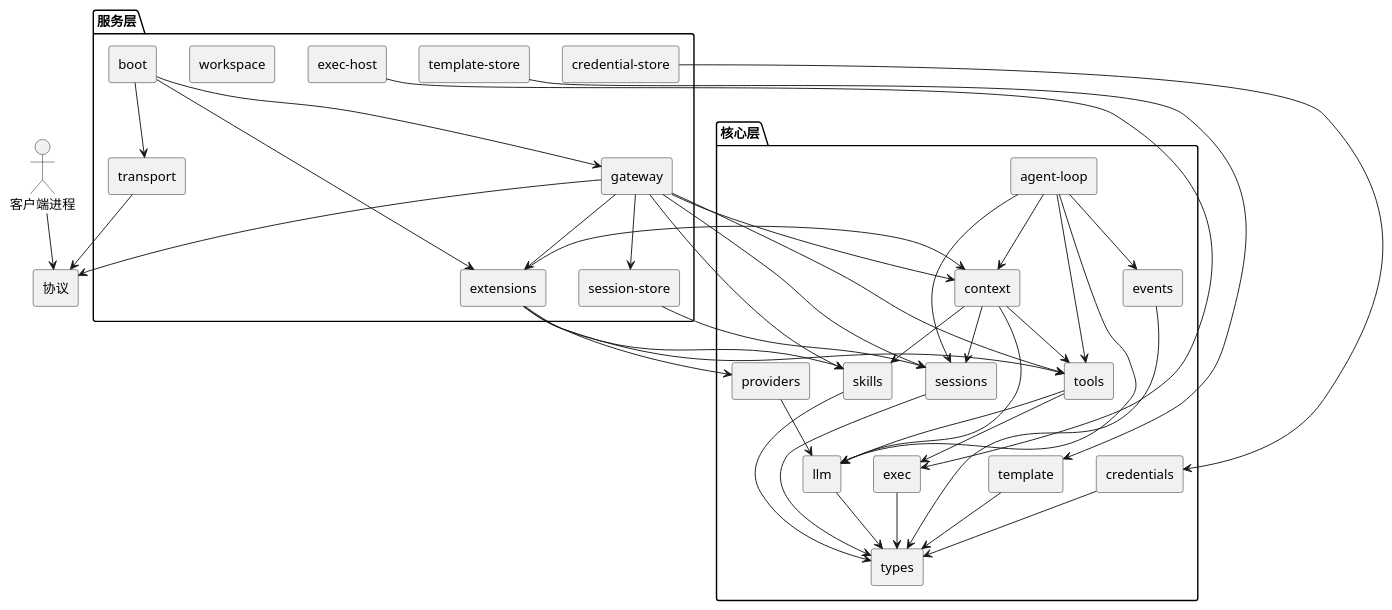
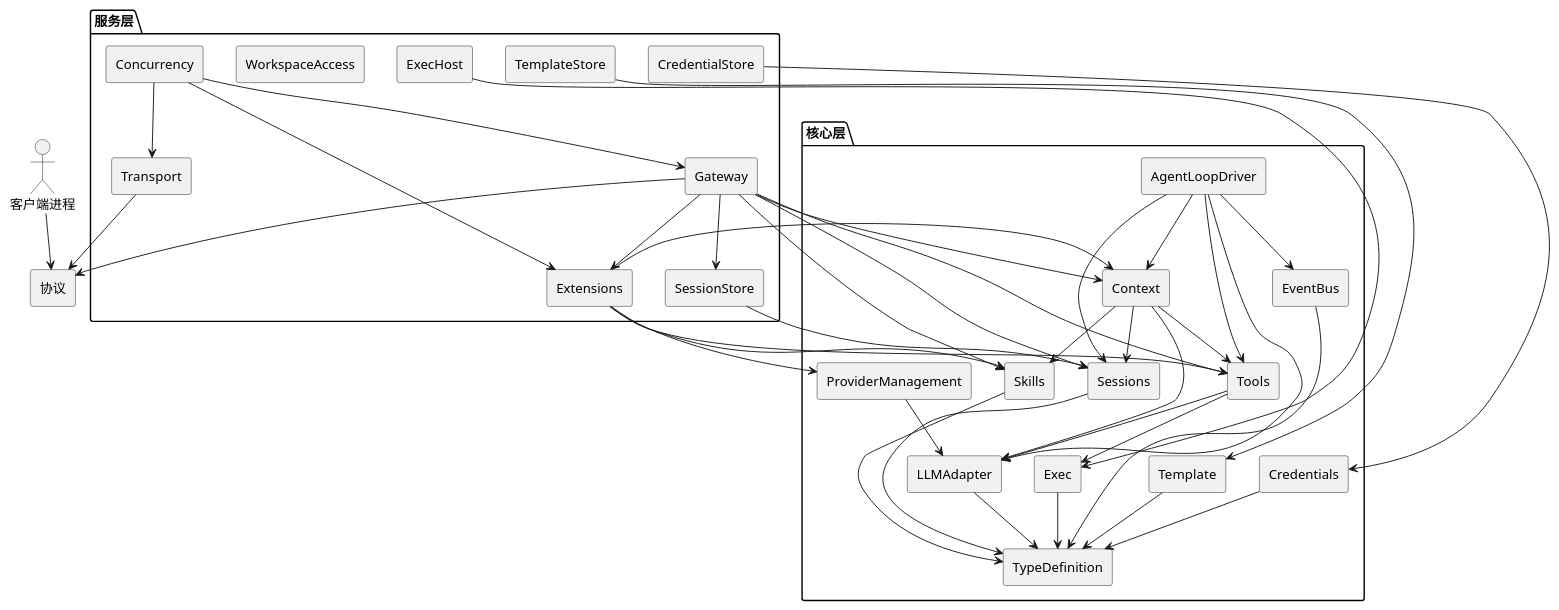
The third of 9 diagrams in docs/1 High-Level Design/1 High-Level Design.md (pisciculus0413/Pisces), drawn with PlantUML before and after one commit. The commit also changed other lines of this file, not shown here.

````diff
--- a/docs/1 High-Level Design/1 High-Level Design.md
+++ b/docs/1 High-Level Design/1 High-Level Design.md
@@ -291,77 +304,77 @@
 ```plantuml
 @startuml
 skinparam componentStyle rectangle
 
-actor "客户端进程" as client
-[协议] as protocol
+actor "客户端进程" as Clients
+[协议] as Protocol
 
 package "核心层" {
-  [types]
-  [llm]
-  [providers]
-  [credentials]
-  [agent-loop]
-  [context]
-  [sessions]
-  [tools]
-  [exec]
-  [skills]
-  [template]
-  [events]
+  [TypeDefinition]
+  [LLMAdapter]
+  [ProviderManagement]
+  [Credentials]
+  [AgentLoopDriver]
+  [Context]
+  [Sessions]
+  [Tools]
+  [Exec]
+  [Skills]
+  [Template]
+  [EventBus]
 }
 
 package "服务层" {
-  [boot]
-  [transport]
-  [gateway]
-  [session-store]
-  [template-store]
-  [credential-store]
-  [workspace]
-  [exec-host]
-  [extensions]
+  [Concurrency]
+  [Transport]
+  [Gateway]
+  [SessionStore]
+  [TemplateStore]
+  [CredentialStore]
+  [WorkspaceAccess]
+  [ExecHost]
+  [Extensions]
 }
 
-client --> protocol
+Clients --> Protocol
 
-[llm] --> [types]
-[providers] --> [llm]
-[credentials] --> [types]
-[agent-loop] --> [context]
-[agent-loop] --> [sessions]
-[agent-loop] --> [tools]
-[agent-loop] --> [llm]
-[agent-loop] --> [events]
-[context] --> [sessions]
-[context] --> [tools]
-[context] --> [skills]
-[context] --> [llm]
-[sessions] --> [types]
-[tools] --> [exec]
-[tools] --> [llm]
-[exec] --> [types]
-[skills] --> [types]
-[template] --> [types]
-[events] --> [types]
+[LLMAdapter] --> [TypeDefinition]
+[ProviderManagement] --> [LLMAdapter]
+[Credentials] --> [TypeDefinition]
+[AgentLoopDriver] --> [Context]
+[AgentLoopDriver] --> [Sessions]
+[AgentLoopDriver] --> [Tools]
+[AgentLoopDriver] --> [LLMAdapter]
+[AgentLoopDriver] --> [EventBus]
+[Context] --> [Sessions]
+[Context] --> [Tools]
+[Context] --> [Skills]
+[Context] --> [LLMAdapter]
+[Sessions] --> [TypeDefinition]
+[Tools] --> [Exec]
+[Tools] --> [LLMAdapter]
+[Exec] --> [TypeDefinition]
+[Skills] --> [TypeDefinition]
+[Template] --> [TypeDefinition]
+[EventBus] --> [TypeDefinition]
 
-[boot] --> [transport]
-[boot] --> [gateway]
-[boot] --> [extensions]
-[transport] --> [protocol]
-[gateway] --> [protocol]
-[gateway] --> [context]
-[gateway] --> [sessions]
-[gateway] --> [tools]
-[gateway] --> [skills]
-[gateway] --> [extensions]
-[gateway] --> [session-store]
-[session-store] --> [sessions]
-[template-store] --> [template]
-[credential-store] --> [credentials]
-[exec-host] --> [exec]
-[extensions] --> [tools]
-[extensions] --> [skills]
-[extensions] --> [providers]
-[extensions] --> [context]
+[Concurrency] --> [Transport]
+[Concurrency] --> [Gateway]
+[Concurrency] --> [Extensions]
+[Transport] --> [Protocol]
+[Gateway] --> [Protocol]
+[Gateway] --> [Context]
+[Gateway] --> [Sessions]
+[Gateway] --> [Tools]
+[Gateway] --> [Skills]
+[Gateway] --> [Extensions]
+[Gateway] --> [SessionStore]
+[SessionStore] --> [Sessions]
+[TemplateStore] --> [Template]
+[CredentialStore] --> [Credentials]
+[ExecHost] --> [Exec]
+[Extensions] --> [Tools]
+[Extensions] --> [Skills]
+[Extensions] --> [ProviderManagement]
+[Extensions] --> [Context]
 @enduml
 ```
````
